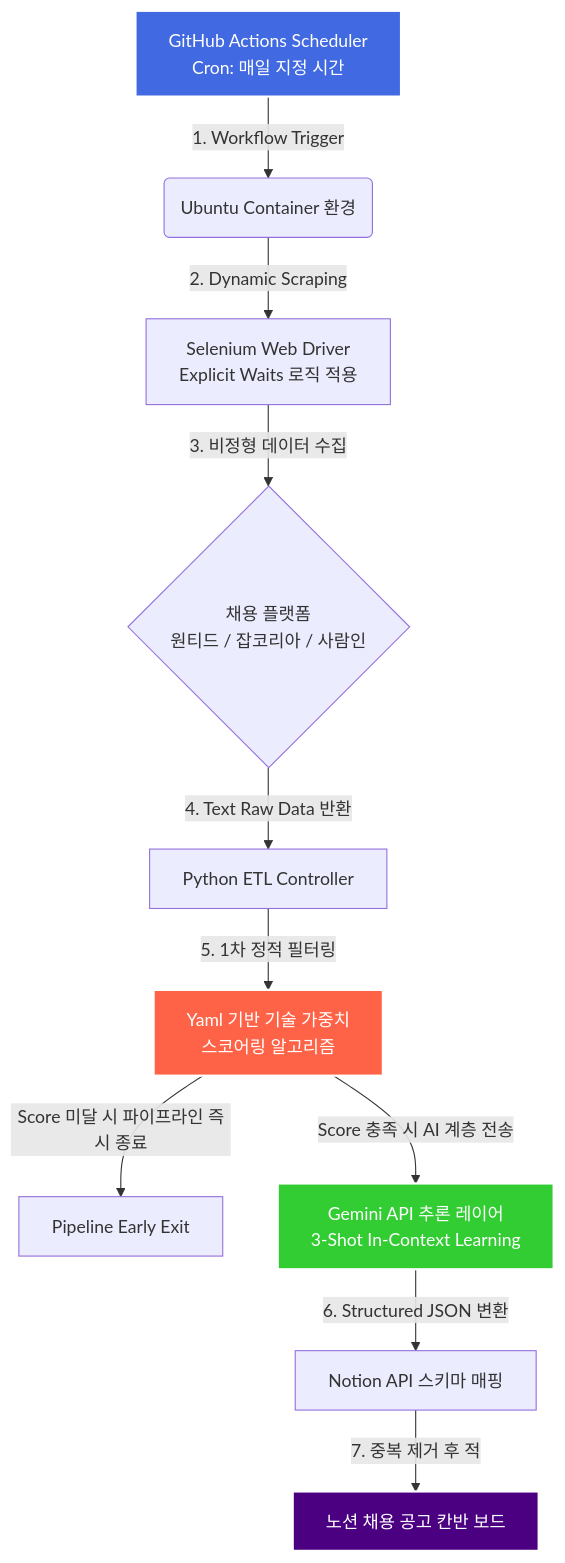
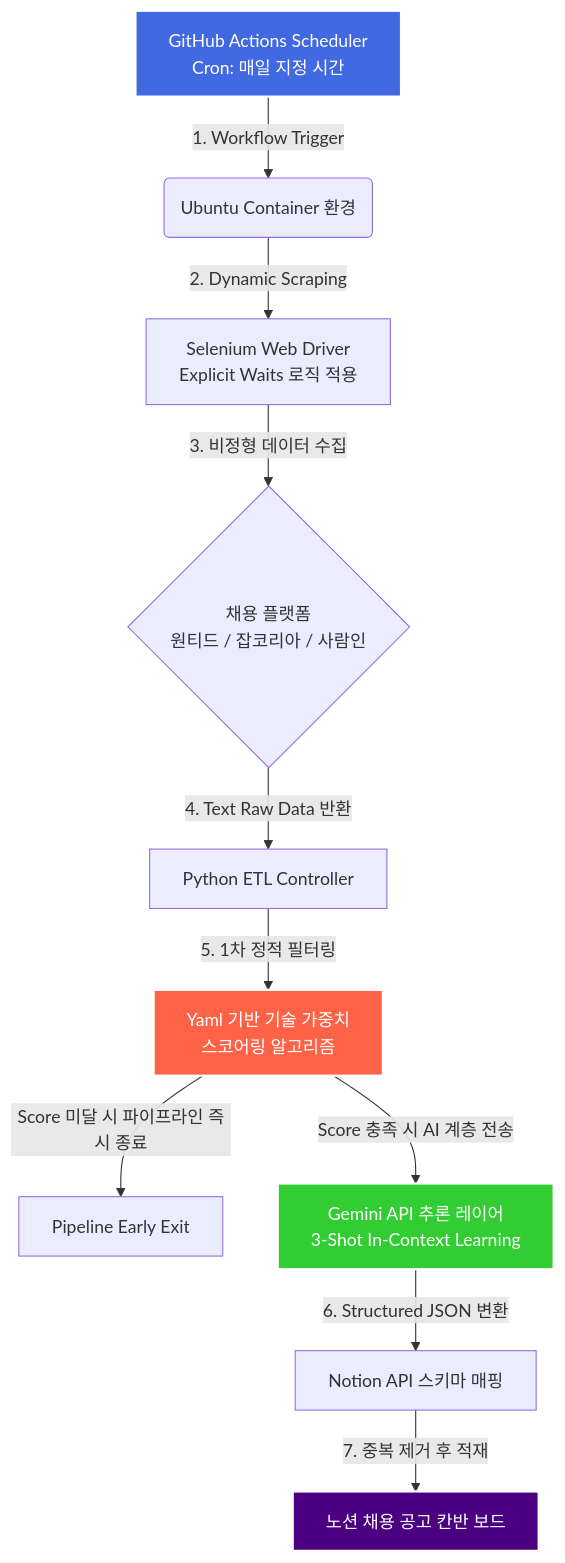
One commit to hoyonzz/web-crawler changed the diagram in README.md. Above: the diagram before and after it, drawn with Mermaid.

Commit message:
Update)README
오타 수정

````diff
--- a/README.md
+++ b/README.md
@@ -27,25 +27,25 @@
 ```mermaid
 graph TD
     %% Trigger Layer
     A["GitHub Actions Scheduler <br> Cron: 매일 지정 시간"] -->|1. Workflow Trigger| B("Ubuntu Container 환경")
 
     %% Extract Layer
     B -->|2. Dynamic Scraping| C["Selenium Web Driver <br> Explicit Waits 로직 적용"]
     C -->|3. 비정형 데이터 수집| D{"채용 플랫폼 <br> 원티드 / 잡코리아 / 사람인"}
 
     %% Transform & Filter Layer
     D -->|4. Text Raw Data 반환| E["Python ETL Controller"]
     E -->|5. 1차 정적 필터링| F["Yaml 기반 기술 가중치 <br> 스코어링 알고리즘"]
     F -->|Score 미달 시 파이프라인 즉시 종료| X["Pipeline Early Exit"]
     F -->|Score 충족 시 AI 계층 전송| G["Gemini API 추론 레이어 <br> 3-Shot In-Context Learning"]
 
     %% Load Layer
     G -->|6. Structured JSON 변환| H["Notion API 스키마 매핑"]
-    H -->|7. 중복 제거 후 적| I["노션 채용 공고 칸반 보드"]
+    H -->|7. 중복 제거 후 적재| I["노션 채용 공고 칸반 보드"]
 
     %% Styling
     style A fill:#4169E1,stroke:#fff,stroke-width:2px,color:#fff
     style F fill:#FF6347,stroke:#fff,stroke-width:2px,color:#fff
     style G fill:#32CD32,stroke:#fff,stroke-width:2px,color:#fff
     style I fill:#4B0082,stroke:#fff,stroke-width:2px,color:#fff
 ```
````
